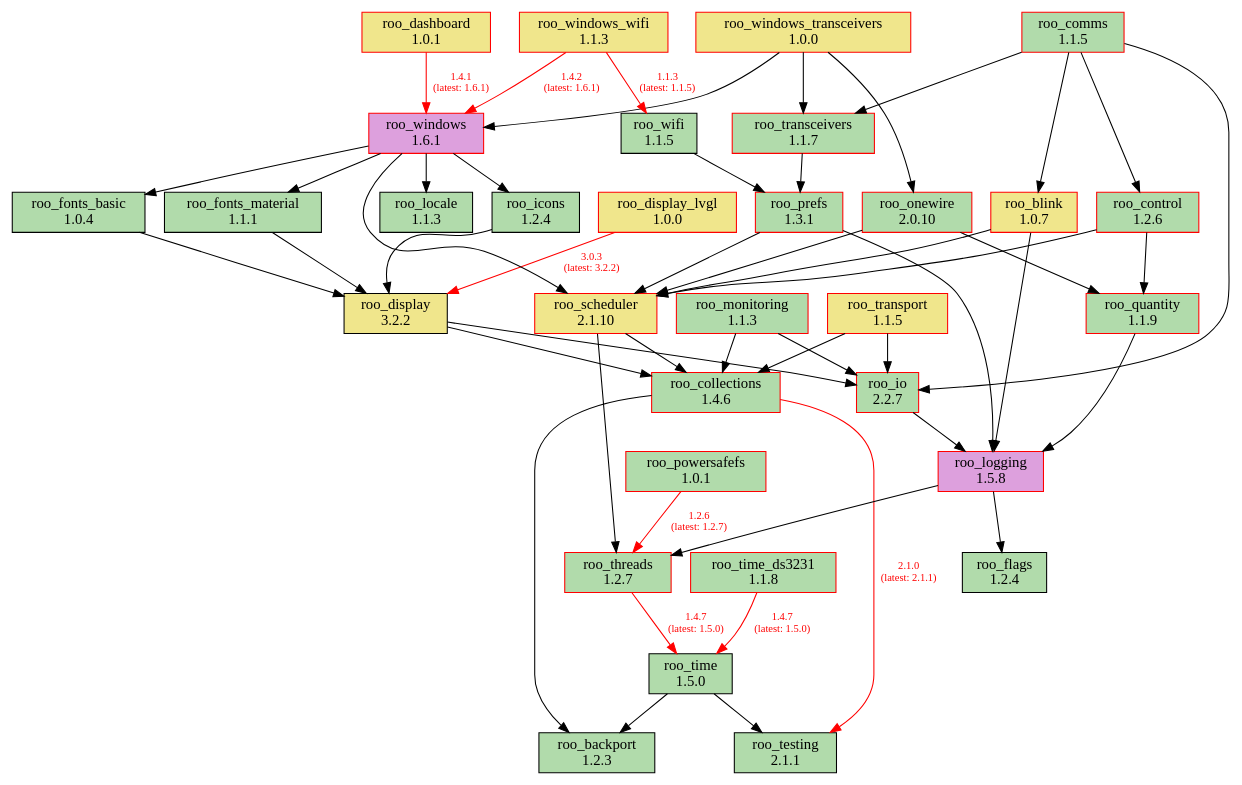
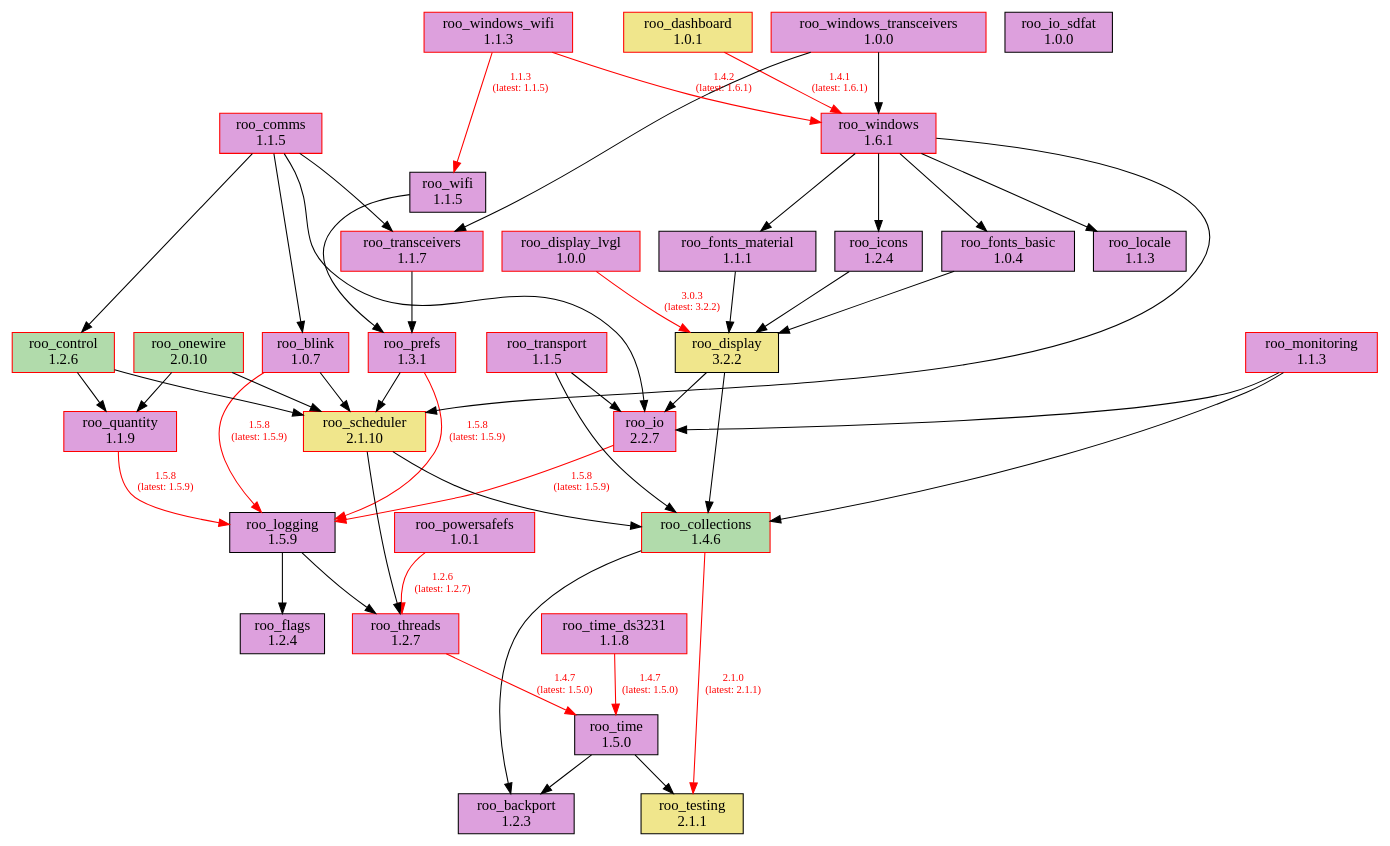
The diagram in doc/dependencies.dot (dejwk/roo-registry), drawn with Graphviz before and after one commit. The commit also changed 3 other files, not shown here.

Commit message:
Added roo_logging 1.5.9 to the registry.

```diff
--- a/doc/dependencies.dot
+++ b/doc/dependencies.dot
@@ -1,88 +1,88 @@
 digraph dependencies {
     rankdir=TB;
     node [shape=box, style=filled];
     edge [fontsize=10];
 
     // Modules
-    "roo_backport" [label="roo_backport\n1.2.3", fillcolor="#b1dbab", color="black"];
-    "roo_blink" [label="roo_blink\n1.0.7", fillcolor="khaki", color="red"];
+    "roo_backport" [label="roo_backport\n1.2.3", fillcolor="plum", color="black"];
+    "roo_blink" [label="roo_blink\n1.0.7", fillcolor="plum", color="red"];
     "roo_collections" [label="roo_collections\n1.4.6", fillcolor="#b1dbab", color="red"];
-    "roo_comms" [label="roo_comms\n1.1.5", fillcolor="#b1dbab", color="red"];
+    "roo_comms" [label="roo_comms\n1.1.5", fillcolor="plum", color="red"];
     "roo_control" [label="roo_control\n1.2.6", fillcolor="#b1dbab", color="red"];
     "roo_dashboard" [label="roo_dashboard\n1.0.1", fillcolor="khaki", color="red"];
     "roo_display" [label="roo_display\n3.2.2", fillcolor="khaki", color="black"];
-    "roo_display_lvgl" [label="roo_display_lvgl\n1.0.0", fillcolor="khaki", color="red"];
-    "roo_flags" [label="roo_flags\n1.2.4", fillcolor="#b1dbab", color="black"];
-    "roo_fonts_basic" [label="roo_fonts_basic\n1.0.4", fillcolor="#b1dbab", color="black"];
-    "roo_fonts_material" [label="roo_fonts_material\n1.1.1", fillcolor="#b1dbab", color="black"];
-    "roo_icons" [label="roo_icons\n1.2.4", fillcolor="#b1dbab", color="black"];
-    "roo_io" [label="roo_io\n2.2.7", fillcolor="#b1dbab", color="red"];
-    "roo_locale" [label="roo_locale\n1.1.3", fillcolor="#b1dbab", color="black"];
-    "roo_logging" [label="roo_logging\n1.5.8", fillcolor="plum", color="red"];
-    "roo_monitoring" [label="roo_monitoring\n1.1.3", fillcolor="#b1dbab", color="red"];
+    "roo_display_lvgl" [label="roo_display_lvgl\n1.0.0", fillcolor="plum", color="red"];
+    "roo_flags" [label="roo_flags\n1.2.4", fillcolor="plum", color="black"];
+    "roo_fonts_basic" [label="roo_fonts_basic\n1.0.4", fillcolor="plum", color="black"];
+    "roo_fonts_material" [label="roo_fonts_material\n1.1.1", fillcolor="plum", color="black"];
+    "roo_icons" [label="roo_icons\n1.2.4", fillcolor="plum", color="black"];
+    "roo_io" [label="roo_io\n2.2.7", fillcolor="plum", color="red"];
+    "roo_io_sdfat" [label="roo_io_sdfat\n1.0.0", fillcolor="plum", color="black"];
+    "roo_locale" [label="roo_locale\n1.1.3", fillcolor="plum", color="black"];
+    "roo_logging" [label="roo_logging\n1.5.9", fillcolor="plum", color="black"];
+    "roo_monitoring" [label="roo_monitoring\n1.1.3", fillcolor="plum", color="red"];
     "roo_onewire" [label="roo_onewire\n2.0.10", fillcolor="#b1dbab", color="red"];
-    "roo_powersafefs" [label="roo_powersafefs\n1.0.1", fillcolor="#b1dbab", color="red"];
-    "roo_prefs" [label="roo_prefs\n1.3.1", fillcolor="#b1dbab", color="red"];
-    "roo_quantity" [label="roo_quantity\n1.1.9", fillcolor="#b1dbab", color="red"];
+    "roo_powersafefs" [label="roo_powersafefs\n1.0.1", fillcolor="plum", color="red"];
+    "roo_prefs" [label="roo_prefs\n1.3.1", fillcolor="plum", color="red"];
+    "roo_quantity" [label="roo_quantity\n1.1.9", fillcolor="plum", color="red"];
     "roo_scheduler" [label="roo_scheduler\n2.1.10", fillcolor="khaki", color="red"];
-    "roo_testing" [label="roo_testing\n2.1.1", fillcolor="#b1dbab", color="black"];
-    "roo_threads" [label="roo_threads\n1.2.7", fillcolor="#b1dbab", color="red"];
-    "roo_time" [label="roo_time\n1.5.0", fillcolor="#b1dbab", color="black"];
-    "roo_time_ds3231" [label="roo_time_ds3231\n1.1.8", fillcolor="#b1dbab", color="red"];
-    "roo_transceivers" [label="roo_transceivers\n1.1.7", fillcolor="#b1dbab", color="red"];
-    "roo_transport" [label="roo_transport\n1.1.5", fillcolor="khaki", color="red"];
-    "roo_wifi" [label="roo_wifi\n1.1.5", fillcolor="#b1dbab", color="black"];
+    "roo_testing" [label="roo_testing\n2.1.1", fillcolor="khaki", color="black"];
+    "roo_threads" [label="roo_threads\n1.2.7", fillcolor="plum", color="red"];
+    "roo_time" [label="roo_time\n1.5.0", fillcolor="plum", color="black"];
+    "roo_time_ds3231" [label="roo_time_ds3231\n1.1.8", fillcolor="plum", color="red"];
+    "roo_transceivers" [label="roo_transceivers\n1.1.7", fillcolor="plum", color="red"];
+    "roo_transport" [label="roo_transport\n1.1.5", fillcolor="plum", color="red"];
+    "roo_wifi" [label="roo_wifi\n1.1.5", fillcolor="plum", color="black"];
     "roo_windows" [label="roo_windows\n1.6.1", fillcolor="plum", color="red"];
-    "roo_windows_transceivers" [label="roo_windows_transceivers\n1.0.0", fillcolor="khaki", color="red"];
-    "roo_windows_wifi" [label="roo_windows_wifi\n1.1.3", fillcolor="khaki", color="red"];
+    "roo_windows_transceivers" [label="roo_windows_transceivers\n1.0.0", fillcolor="plum", color="red"];
+    "roo_windows_wifi" [label="roo_windows_wifi\n1.1.3", fillcolor="plum", color="red"];
 
     // Dependencies
-    "roo_blink" -> "roo_logging";
+    "roo_blink" -> "roo_logging" [color=red, fontcolor=red, label="1.5.8\n(latest: 1.5.9)"];
     "roo_blink" -> "roo_scheduler";
     "roo_collections" -> "roo_testing" [color=red, fontcolor=red, label="2.1.0\n(latest: 2.1.1)"];
     "roo_collections" -> "roo_backport";
     "roo_comms" -> "roo_blink";
     "roo_comms" -> "roo_control";
     "roo_comms" -> "roo_io";
     "roo_comms" -> "roo_transceivers";
     "roo_control" -> "roo_quantity";
     "roo_control" -> "roo_scheduler";
     "roo_dashboard" -> "roo_windows" [color=red, fontcolor=red, label="1.4.1\n(latest: 1.6.1)"];
     "roo_display" -> "roo_collections";
     "roo_display" -> "roo_io";
     "roo_display_lvgl" -> "roo_display" [color=red, fontcolor=red, label="3.0.3\n(latest: 3.2.2)"];
     "roo_fonts_basic" -> "roo_display";
     "roo_fonts_material" -> "roo_display";
     "roo_icons" -> "roo_display";
-    "roo_io" -> "roo_logging";
+    "roo_io" -> "roo_logging" [color=red, fontcolor=red, label="1.5.8\n(latest: 1.5.9)"];
     "roo_logging" -> "roo_flags";
     "roo_logging" -> "roo_threads";
     "roo_monitoring" -> "roo_collections";
     "roo_monitoring" -> "roo_io";
     "roo_onewire" -> "roo_scheduler";
     "roo_onewire" -> "roo_quantity";
     "roo_powersafefs" -> "roo_threads" [color=red, fontcolor=red, label="1.2.6\n(latest: 1.2.7)"];
-    "roo_prefs" -> "roo_logging";
+    "roo_prefs" -> "roo_logging" [color=red, fontcolor=red, label="1.5.8\n(latest: 1.5.9)"];
     "roo_prefs" -> "roo_scheduler";
-    "roo_quantity" -> "roo_logging";
+    "roo_quantity" -> "roo_logging" [color=red, fontcolor=red, label="1.5.8\n(latest: 1.5.9)"];
     "roo_scheduler" -> "roo_collections";
     "roo_scheduler" -> "roo_threads";
     "roo_threads" -> "roo_time" [color=red, fontcolor=red, label="1.4.7\n(latest: 1.5.0)"];
     "roo_time" -> "roo_testing";
     "roo_time" -> "roo_backport";
     "roo_time_ds3231" -> "roo_time" [color=red, fontcolor=red, label="1.4.7\n(latest: 1.5.0)"];
     "roo_transceivers" -> "roo_prefs";
     "roo_transport" -> "roo_collections";
     "roo_transport" -> "roo_io";
     "roo_wifi" -> "roo_prefs";
     "roo_windows" -> "roo_fonts_basic";
     "roo_windows" -> "roo_fonts_material";
     "roo_windows" -> "roo_locale";
     "roo_windows" -> "roo_icons";
     "roo_windows" -> "roo_scheduler";
-    "roo_windows_transceivers" -> "roo_onewire";
     "roo_windows_transceivers" -> "roo_transceivers";
     "roo_windows_transceivers" -> "roo_windows";
     "roo_windows_wifi" -> "roo_wifi" [color=red, fontcolor=red, label="1.1.3\n(latest: 1.1.5)"];
     "roo_windows_wifi" -> "roo_windows" [color=red, fontcolor=red, label="1.4.2\n(latest: 1.6.1)"];
 }
```
